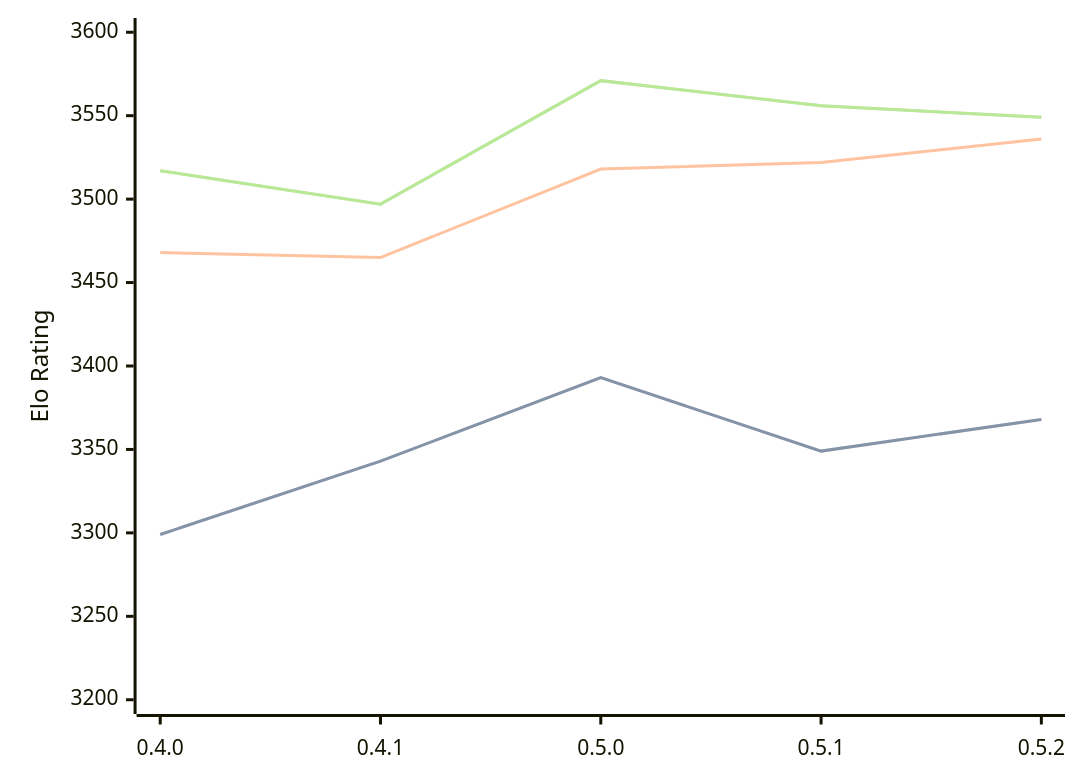
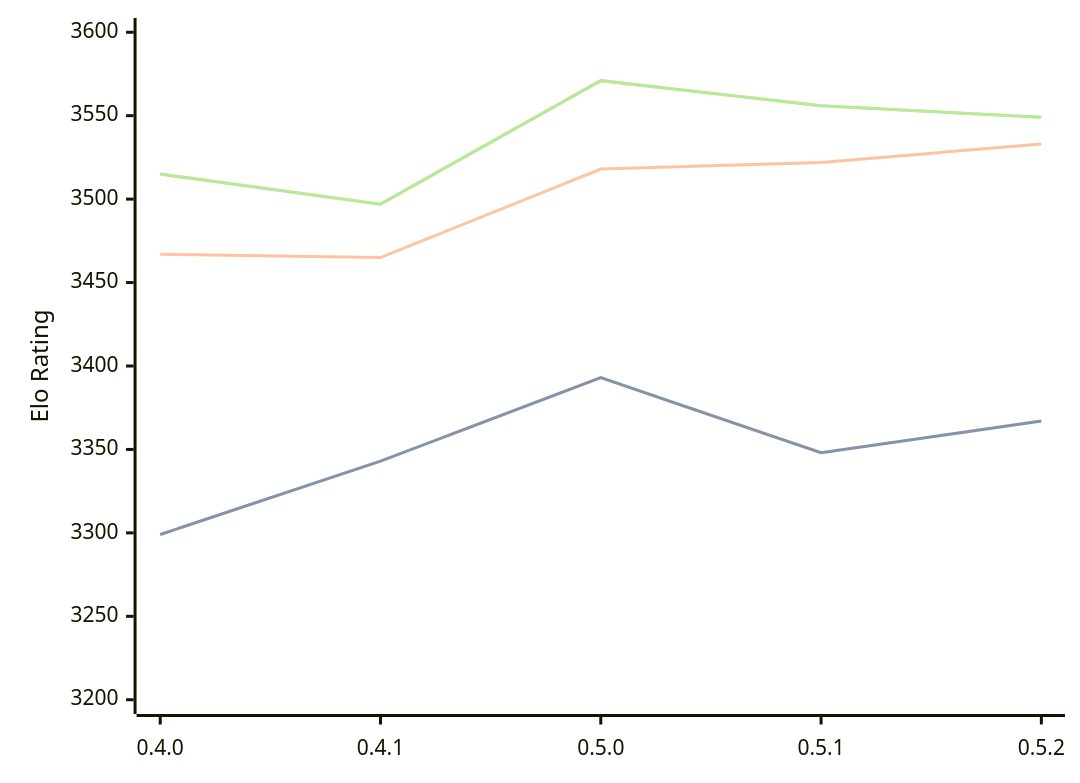
The diagram in engines/Cinder.md (computer-chess-index/cci), drawn with Mermaid before and after one commit. The commit also changed other lines of this file, not shown here.

Commit message:
Update CCI Ratings (ELO VLTC) - 2026-08-03

````diff
--- a/engines/Cinder.md
+++ b/engines/Cinder.md
@@ -43,11 +43,11 @@
 ```mermaid
 %%{init: {"theme":"base","themeVariables":{"seriesColors:['#a3a3a3','#222221','#faa371']}}}%%
 xychart-beta
   x-axis ["0.4.0", "0.4.1", "0.5.0", "0.5.1", "0.5.2"]
   y-axis "Elo Rating" 3200 --> 3600
-  line "STC (8.0+0.08s)" [3299, 3343, 3393, 3349, 3368]
-  line "STC (8.0+0.08s)" [3299, 3343, 3393, 3349, 3368]
-  line "LTC (60.0+0.60s)" [3468, 3465, 3518, 3522, 3536]
-  line "VLTC (2m24s+1.12s)" [3517, 3497, 3571, 3556, 3549]
-  line "VLTC (2m24s+1.12s)" [3517, 3497, 3571, 3556, 3549]
+  line "STC (8.0+0.08s)" [3299, 3343, 3393, 3348, 3367]
+  line "STC (8.0+0.08s)" [3299, 3343, 3393, 3348, 3367]
+  line "LTC (60.0+0.60s)" [3467, 3465, 3518, 3522, 3533]
+  line "VLTC (2m24s+1.12s)" [3515, 3497, 3571, 3556, 3549]
+  line "VLTC (2m24s+1.12s)" [3515, 3497, 3571, 3556, 3549]
 ```
````
